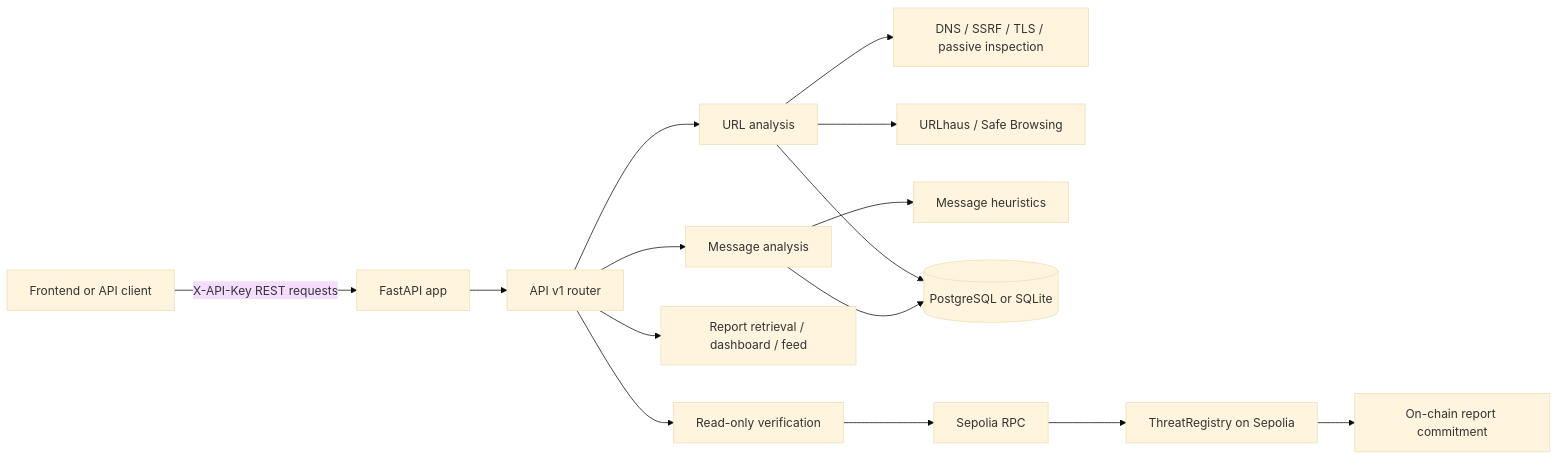
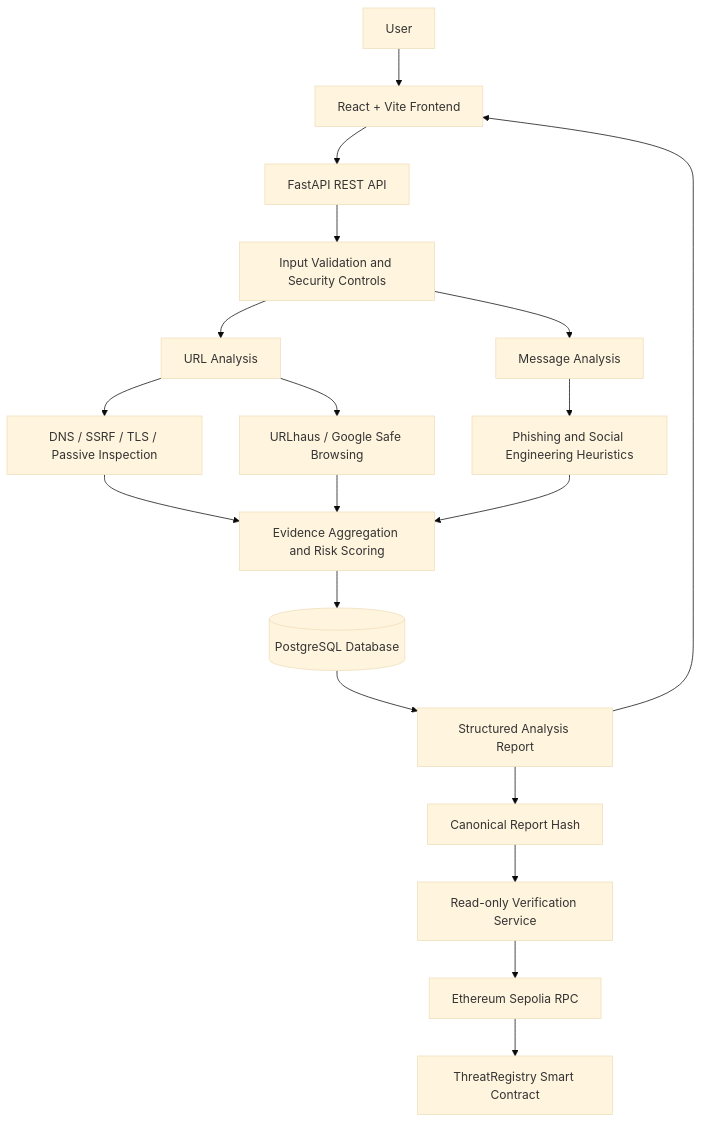
Before and after one commit to DevAyushTech/Code-Nexus: the diagram in README.md, drawn with Mermaid (base theme). The commit also changed other lines of this file, not shown here.

````diff
--- a/README.md
+++ b/README.md
@@ -115,17 +120,21 @@
 ```mermaid
-flowchart LR
-    Client[Frontend or API client] -->|X-API-Key REST requests| API[FastAPI app]
-    API --> Router[API v1 router]
-    Router --> URL[URL analysis]
-    Router --> Message[Message analysis]
-    URL --> SSRF[DNS / SSRF / TLS / passive inspection]
-    URL --> Providers[URLhaus / Safe Browsing]
-    Message --> Heuristics[Message heuristics]
-    URL --> DB[(PostgreSQL or SQLite)]
-    Message --> DB
-    Router --> Reports[Report retrieval / dashboard / feed]
-    Router --> Verify[Read-only verification]
-    Verify --> RPC[Sepolia RPC]
-    RPC --> Contract[ThreatRegistry on Sepolia]
-    Contract --> Commitment[On-chain report commitment]
+flowchart TD
+    U[User] --> FE[React + Vite Frontend]
+    FE --> API[FastAPI REST API]
+    API --> VAL[Input Validation and Security Controls]
+    VAL --> URL[URL Analysis]
+    VAL --> MSG[Message Analysis]
+    URL --> DNS[DNS / SSRF / TLS / Passive Inspection]
+    URL --> TI[URLhaus / Google Safe Browsing]
+    MSG --> HEUR[Phishing and Social Engineering Heuristics]
+    DNS --> SCORE[Evidence Aggregation and Risk Scoring]
+    TI --> SCORE
+    HEUR --> SCORE
+    SCORE --> DB[(PostgreSQL Database)]
+    DB --> REPORT[Structured Analysis Report]
+    REPORT --> FE
+    REPORT --> HASH[Canonical Report Hash]
+    HASH --> VERIFY[Read-only Verification Service]
+    VERIFY --> RPC[Ethereum Sepolia RPC]
+    RPC --> CONTRACT[ThreatRegistry Smart Contract]
 ```
````
